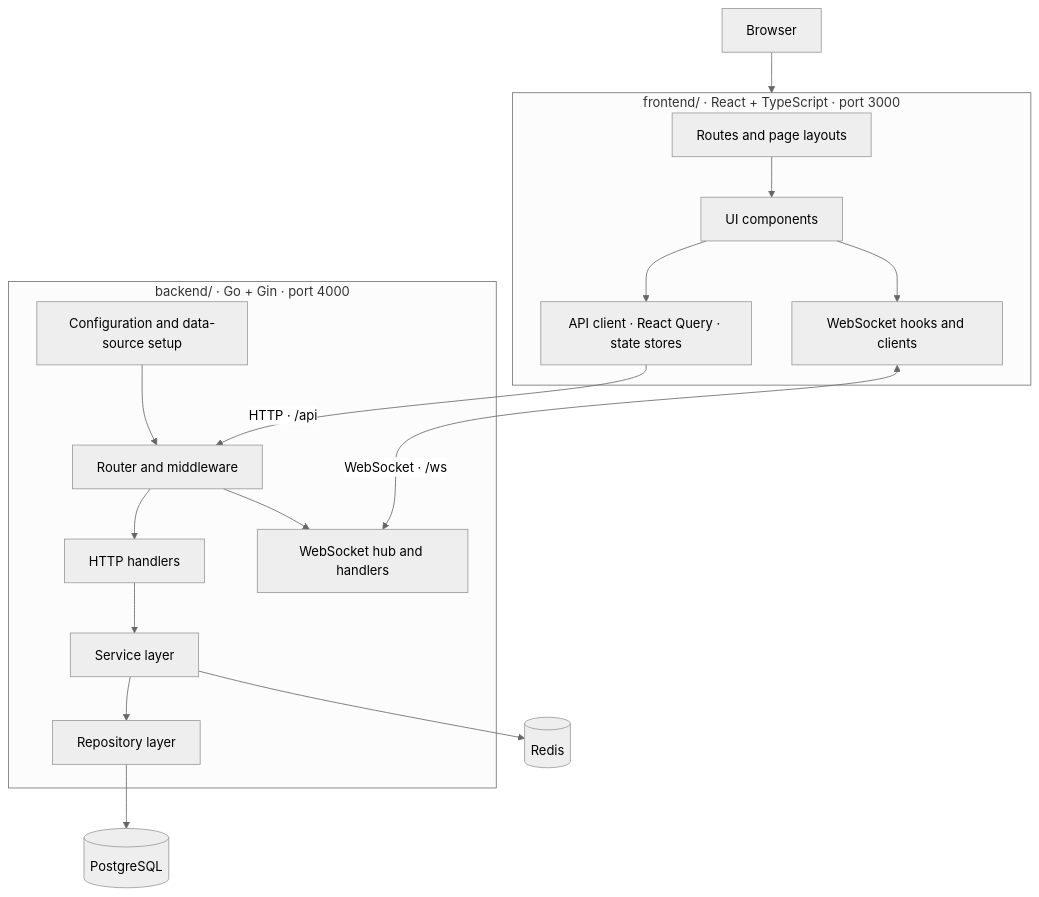
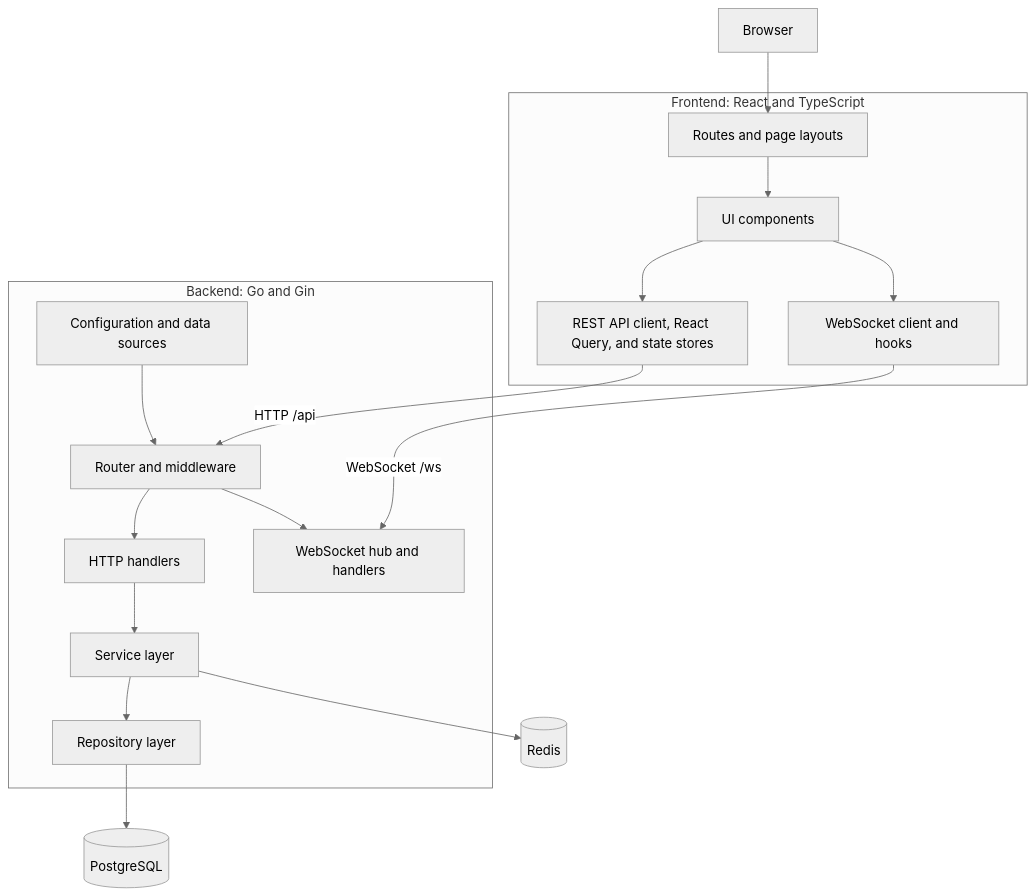
Before and after one commit to KakshiDEV56/Nexon: the diagram in README.md, drawn with Mermaid (neutral theme).

Commit message:
docs: fix Mermaid architecture diagram rendering

````diff
--- a/README.md
+++ b/README.md
@@ -73,36 +73,37 @@
 ```mermaid
-flowchart TB
+graph TD
     Browser["Browser"]
-    subgraph Frontend["frontend/ · React + TypeScript · port 3000"]
+
+    subgraph Frontend["Frontend: React and TypeScript"]
         Routes["Routes and page layouts"]
         Components["UI components"]
-        Client["API client · React Query · state stores"]
-        SocketClient["WebSocket hooks and clients"]
+        Client["REST API client, React Query, and state stores"]
+        SocketClient["WebSocket client and hooks"]
         Routes --> Components
         Components --> Client
         Components --> SocketClient
     end
 
-    subgraph Backend["backend/ · Go + Gin · port 4000"]
+    subgraph Backend["Backend: Go and Gin"]
         Router["Router and middleware"]
         Handlers["HTTP handlers"]
         Services["Service layer"]
         Repositories["Repository layer"]
         WS["WebSocket hub and handlers"]
-        Config["Configuration and data-source setup"]
+        Config["Configuration and data sources"]
         Router --> Handlers
         Handlers --> Services
         Services --> Repositories
         Router --> WS
         Config --> Router
     end
 
     Postgres[("PostgreSQL")]
     Redis[("Redis")]
 
-    Browser --> Frontend
-    Client -->|"HTTP · /api"| Router
-    SocketClient <-->|"WebSocket · /ws"| WS
+    Browser --> Routes
+    Client -->|"HTTP /api"| Router
+    SocketClient -->|"WebSocket /ws"| WS
     Repositories --> Postgres
     Services --> Redis
 ```
````
